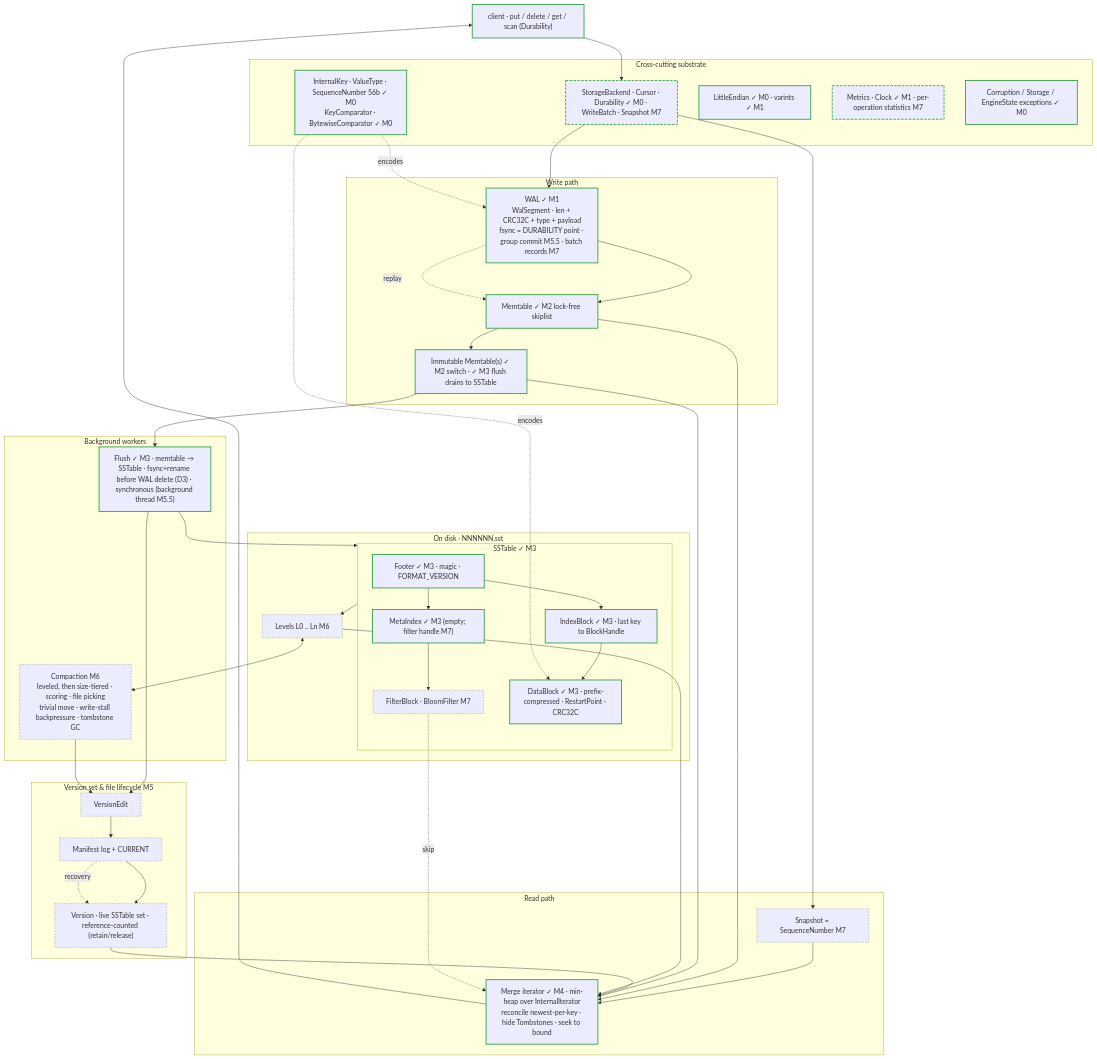
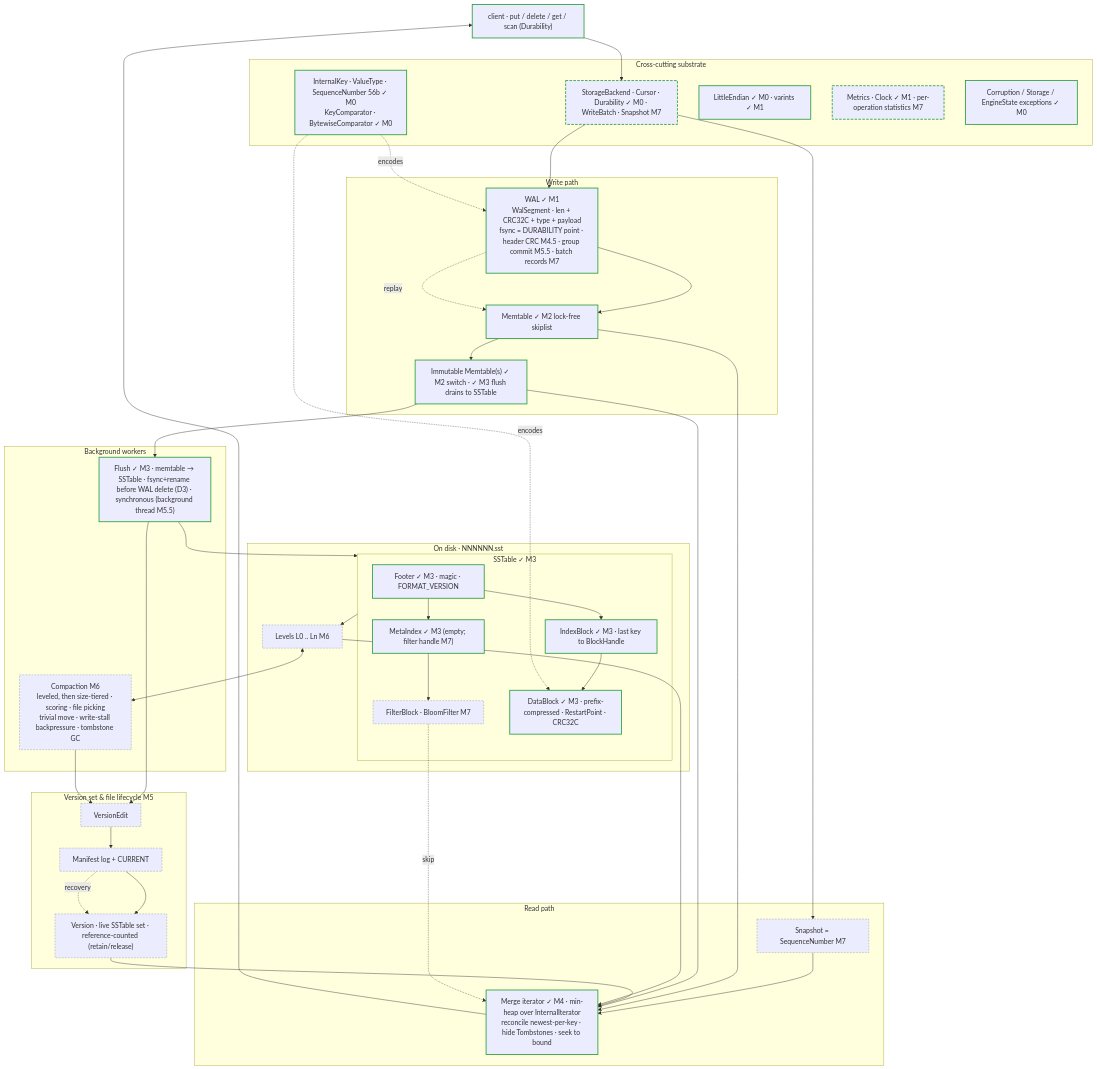
One commit to rahul-j0shi/shale changed the second of 4 diagrams in documentation/architecture/project-scope.md. Above: the diagram before and after it, drawn with Mermaid. The commit also changed other lines of this file and 27 other files, not shown here.

````diff
--- a/documentation/architecture/project-scope.md
+++ b/documentation/architecture/project-scope.md
@@ -47,78 +47,78 @@
 ```mermaid
 flowchart TB
   client["client · put / delete / get / scan (Durability)"]:::done
 
   subgraph xcut["Cross-cutting substrate"]
     spi["StorageBackend · Cursor · Durability ✓ M0 · WriteBatch · Snapshot M7"]:::part
     keyz["InternalKey · ValueType · SequenceNumber 56b ✓ M0<br/>KeyComparator · BytewiseComparator ✓ M0"]:::done
     codez["LittleEndian ✓ M0 · varints ✓ M1"]:::done
     obs["Metrics · Clock ✓ M1 · per-operation statistics M7"]:::part
     errs["Corruption / Storage / EngineState exceptions ✓ M0"]:::done
   end
 
   subgraph wpath["Write path"]
-    wal["WAL ✓ M1<br/>WalSegment · len + CRC32C + type + payload<br/>fsync = DURABILITY point · group commit M5.5 · batch records M7"]:::done
+    wal["WAL ✓ M1<br/>WalSegment · len + CRC32C + type + payload<br/>fsync = DURABILITY point · header CRC M4.5 · group commit M5.5 · batch records M7"]:::done
     mem["Memtable ✓ M2 lock-free skiplist"]:::done
     imm["Immutable Memtable(s) ✓ M2 switch · ✓ M3 flush drains to SSTable"]:::done
   end
 
   subgraph bg["Background workers"]
     flush["Flush ✓ M3 · memtable → SSTable · fsync+rename before WAL delete (D3) · synchronous (background thread M5.5)"]:::done
     comp["Compaction M6<br/>leveled, then size-tiered · scoring · file picking<br/>trivial move · write-stall backpressure · tombstone GC"]:::plan
   end
 
   subgraph store["On disk · NNNNNN.sst"]
     subgraph sstable["SSTable ✓ M3"]
       ft["Footer ✓ M3 · magic · FORMAT_VERSION"]:::done
       idx["IndexBlock ✓ M3 · last key to BlockHandle"]:::done
       mi["MetaIndex ✓ M3 (empty; filter handle M7)"]:::done
       fb["FilterBlock · BloomFilter M7"]:::plan
       db["DataBlock ✓ M3 · prefix-compressed · RestartPoint · CRC32C"]:::done
     end
     lvl["Levels L0 .. Ln M6"]:::plan
   end
 
   subgraph vers["Version set & file lifecycle M5"]
     edit["VersionEdit"]:::plan
     man["Manifest log + CURRENT"]:::plan
     ver["Version · live SSTable set · reference-counted (retain/release)"]:::plan
   end
 
   subgraph rpath["Read path"]
     snap["Snapshot = SequenceNumber M7"]:::plan
     merge["Merge iterator ✓ M4 · min-heap over InternalIterator<br/>reconcile newest-per-key · hide Tombstones · seek to bound"]:::done
   end
 
   client --> spi
   spi --> wal
   wal --> mem
   mem --> imm
   imm --> flush
   flush --> sstable
   sstable --> lvl
   ft --> idx
   ft --> mi
   idx --> db
   mi --> fb
   flush --> edit
   comp --> edit
   lvl <--> comp
   edit --> man
   man --> ver
   spi --> snap
   snap --> merge
   mem --> merge
   imm --> merge
   ver --> merge
   lvl --> merge
   fb -. skip .-> merge
   merge --> client
   man -. recovery .-> ver
   wal -. replay .-> mem
   keyz -. encodes .-> wal
   keyz -. encodes .-> db
 
   classDef done stroke:#2ea043,stroke-width:2px;
   classDef part stroke:#2ea043,stroke-width:2px,stroke-dasharray:6 3;
   classDef plan stroke:#8b949e,stroke-width:1px,stroke-dasharray:4 3;
 ```
````
